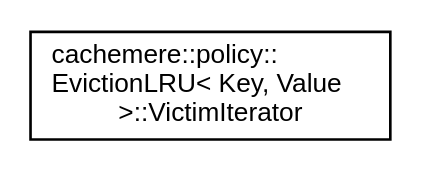
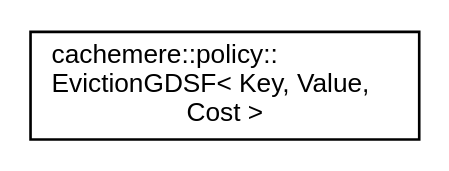
The diagram in docs/inherit_graph_15.dot (coveooss/cachemere), drawn with Graphviz before and after one commit. The commit also changed 122 other files, not shown here.

```diff
--- a/docs/inherit_graph_15.dot
+++ b/docs/inherit_graph_15.dot
@@ -1,8 +1,8 @@
 digraph "Graphical Class Hierarchy"
 {
  // LATEX_PDF_SIZE
   edge [fontname="Helvetica",fontsize="10",labelfontname="Helvetica",labelfontsize="10"];
   node [fontname="Helvetica",fontsize="10",shape=record];
   rankdir="LR";
-  Node0 [label="cachemere::policy::\lEvictionLRU\< Key, Value\l \>::VictimIterator",height=0.2,width=0.4,color="black", fillcolor="white", style="filled",URL="$classcachemere_1_1policy_1_1EvictionLRU_1_1VictimIterator.html",tooltip="Iterator for iterating over cache items in the order they should be evicted."];
+  Node0 [label="cachemere::policy::\lEvictionGDSF\< Key, Value,\l Cost \>",height=0.2,width=0.4,color="black", fillcolor="white", style="filled",URL="$classcachemere_1_1policy_1_1EvictionGDSF.html",tooltip="Greedy-Dual-Size-Frequency (GDSF) eviction policy."];
 }
```
